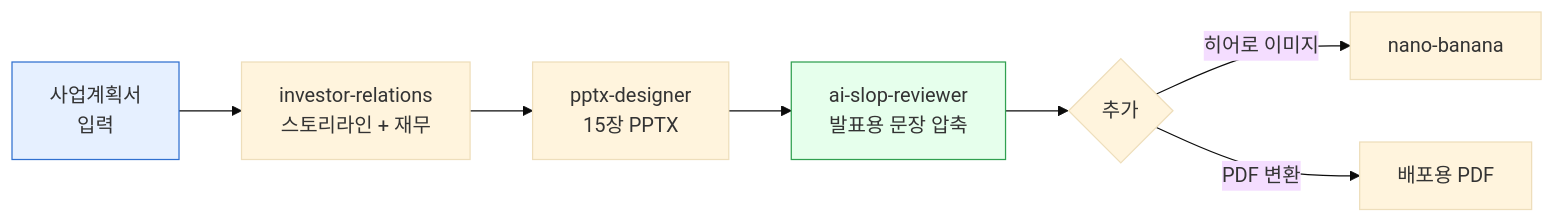
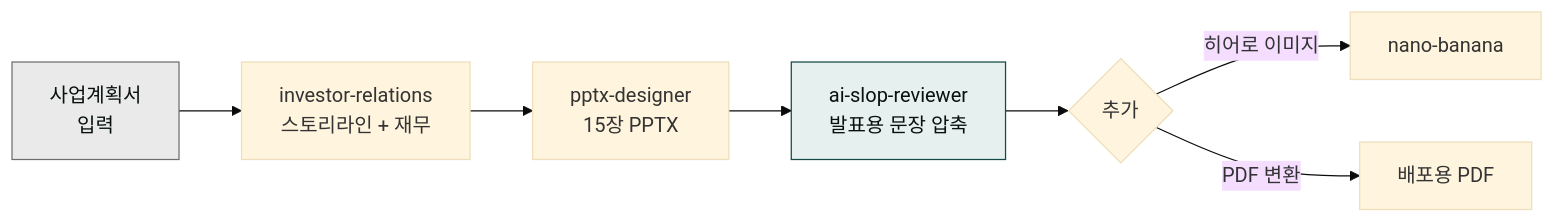
One commit to modu-ai/claude changed the diagram in content/cookbook/ir-deck.md. Above: the diagram before and after it, drawn with Mermaid (base theme). The commit also changed 97 other files, not shown here.

First line of the commit message:
style(docs-site): mermaid 색상 브랜드 정합 + 라이트 테마 단일화

````diff
--- a/content/cookbook/ir-deck.md
+++ b/content/cookbook/ir-deck.md
@@ -10,12 +10,12 @@
 ```mermaid
 flowchart LR
     A["사업계획서<br/>입력"] --> B["investor-relations<br/>스토리라인 + 재무"]
     B --> C["pptx-designer<br/>15장 PPTX"]
     C --> D["ai-slop-reviewer<br/>발표용 문장 압축"]
     D --> E{"추가"}
     E -- "히어로 이미지" --> F["nano-banana"]
     E -- "PDF 변환" --> G["배포용 PDF"]
 
-    style A fill:#e6f0ff,stroke:#3070d0
-    style D fill:#e6ffec,stroke:#30a050
+    style A fill:#eaeaea,stroke:#6e6e6e,color:#09110f
+    style D fill:#e6f0ef,stroke:#144a46,color:#09110f
 ```
````
